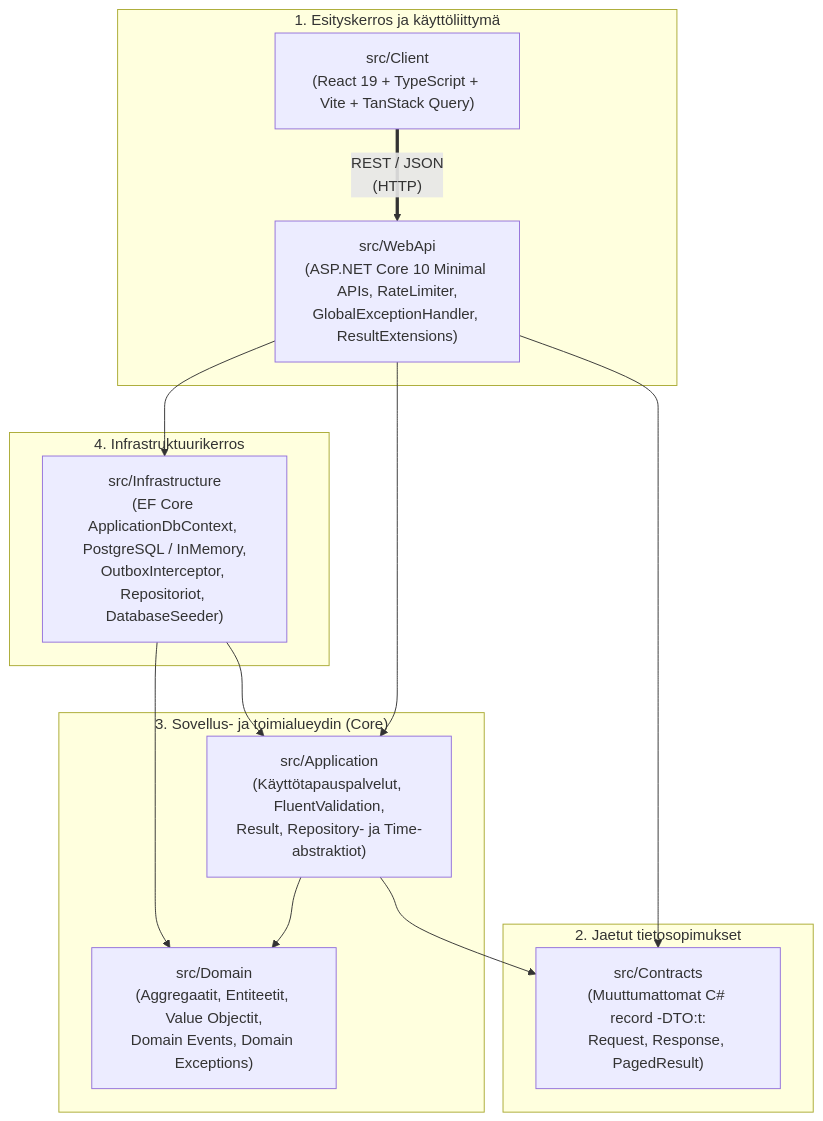
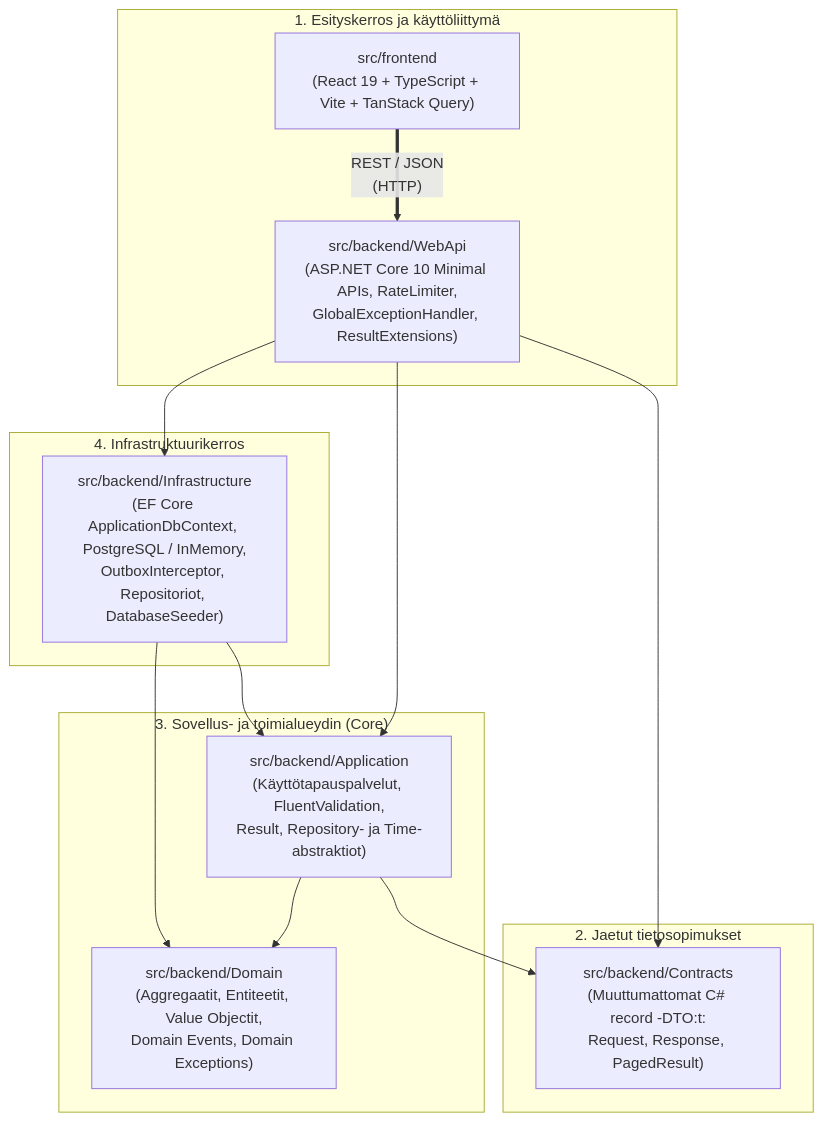
One commit to Jone81/pelihuonevaraus changed the first of 2 diagrams in Docs/arkkitehtuuri.md. Above: the diagram before and after it, drawn with Mermaid. The commit also changed other lines of this file and 17 other files, not shown here.

````diff
--- a/Docs/arkkitehtuuri.md
+++ b/Docs/arkkitehtuuri.md
@@ -22,29 +22,29 @@
 ```mermaid
 flowchart TB
     subgraph Presentation ["1. Esityskerros ja käyttöliittymä"]
-        Client["src/Client\n(React 19 + TypeScript + Vite + TanStack Query)"]
-        WebApi["src/WebApi\n(ASP.NET Core 10 Minimal APIs, RateLimiter,\nGlobalExceptionHandler, ResultExtensions)"]
+        Client["src/frontend\n(React 19 + TypeScript + Vite + TanStack Query)"]
+        WebApi["src/backend/WebApi\n(ASP.NET Core 10 Minimal APIs, RateLimiter,\nGlobalExceptionHandler, ResultExtensions)"]
     end
 
     subgraph SharedContracts ["2. Jaetut tietosopimukset"]
-        Contracts["src/Contracts\n(Muuttumattomat C# record -DTO:t:\nRequest, Response, PagedResult<T>)"]
+        Contracts["src/backend/Contracts\n(Muuttumattomat C# record -DTO:t:\nRequest, Response, PagedResult<T>)"]
     end
 
     subgraph Core ["3. Sovellus- ja toimialueydin (Core)"]
-        Application["src/Application\n(Käyttötapauspalvelut, FluentValidation,\nResult<T>, Repository- ja Time-abstraktiot)"]
-        Domain["src/Domain\n(Aggregaatit, Entiteetit, Value Objectit,\nDomain Events, Domain Exceptions)"]
+        Application["src/backend/Application\n(Käyttötapauspalvelut, FluentValidation,\nResult<T>, Repository- ja Time-abstraktiot)"]
+        Domain["src/backend/Domain\n(Aggregaatit, Entiteetit, Value Objectit,\nDomain Events, Domain Exceptions)"]
     end
 
     subgraph Infra ["4. Infrastruktuurikerros"]
-        Infrastructure["src/Infrastructure\n(EF Core ApplicationDbContext, PostgreSQL / InMemory,\nOutboxInterceptor, Repositoriot, DatabaseSeeder)"]
+        Infrastructure["src/backend/Infrastructure\n(EF Core ApplicationDbContext, PostgreSQL / InMemory,\nOutboxInterceptor, Repositoriot, DatabaseSeeder)"]
     end
 
     Client == "REST / JSON\n(HTTP)" ==> WebApi
     WebApi --> Application
     WebApi --> Infrastructure
     WebApi --> Contracts
     Application --> Domain
     Application --> Contracts
     Infrastructure --> Application
     Infrastructure --> Domain
 ```
````
